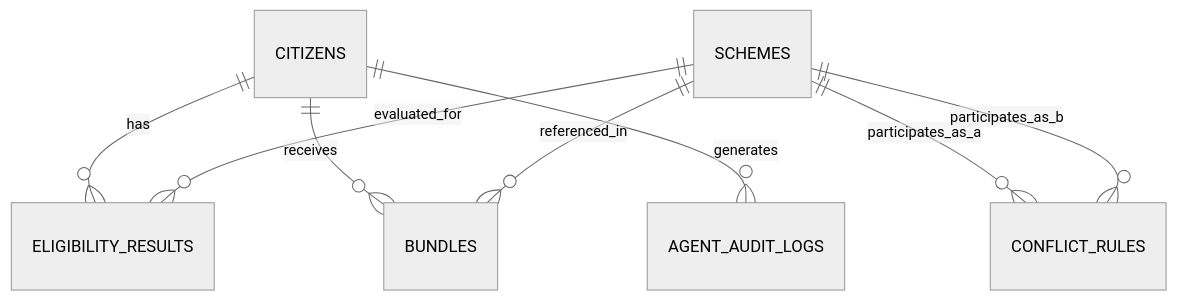
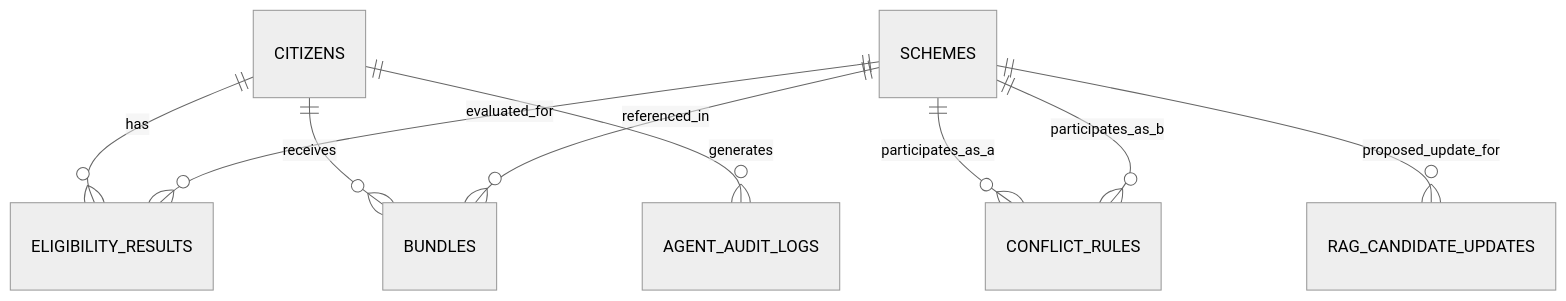
One commit to Parth-Shingane-27/Kurukshetra_Eklavya changed the second of 2 diagrams in plan.md. Above: the diagram before and after it, drawn with Mermaid (neutral theme). The commit also changed other lines of this file and 23 other files, not shown here.

````diff
--- a/plan.md
+++ b/plan.md
@@ -610,10 +797,11 @@
 ```mermaid
 erDiagram
     CITIZENS ||--o{ ELIGIBILITY_RESULTS : has
     CITIZENS ||--o{ BUNDLES : receives
     CITIZENS ||--o{ AGENT_AUDIT_LOGS : generates
     SCHEMES ||--o{ ELIGIBILITY_RESULTS : evaluated_for
     SCHEMES ||--o{ CONFLICT_RULES : participates_as_a
     SCHEMES ||--o{ CONFLICT_RULES : participates_as_b
     SCHEMES ||--o{ BUNDLES : referenced_in
+    SCHEMES ||--o{ RAG_CANDIDATE_UPDATES : proposed_update_for
 ```
````
